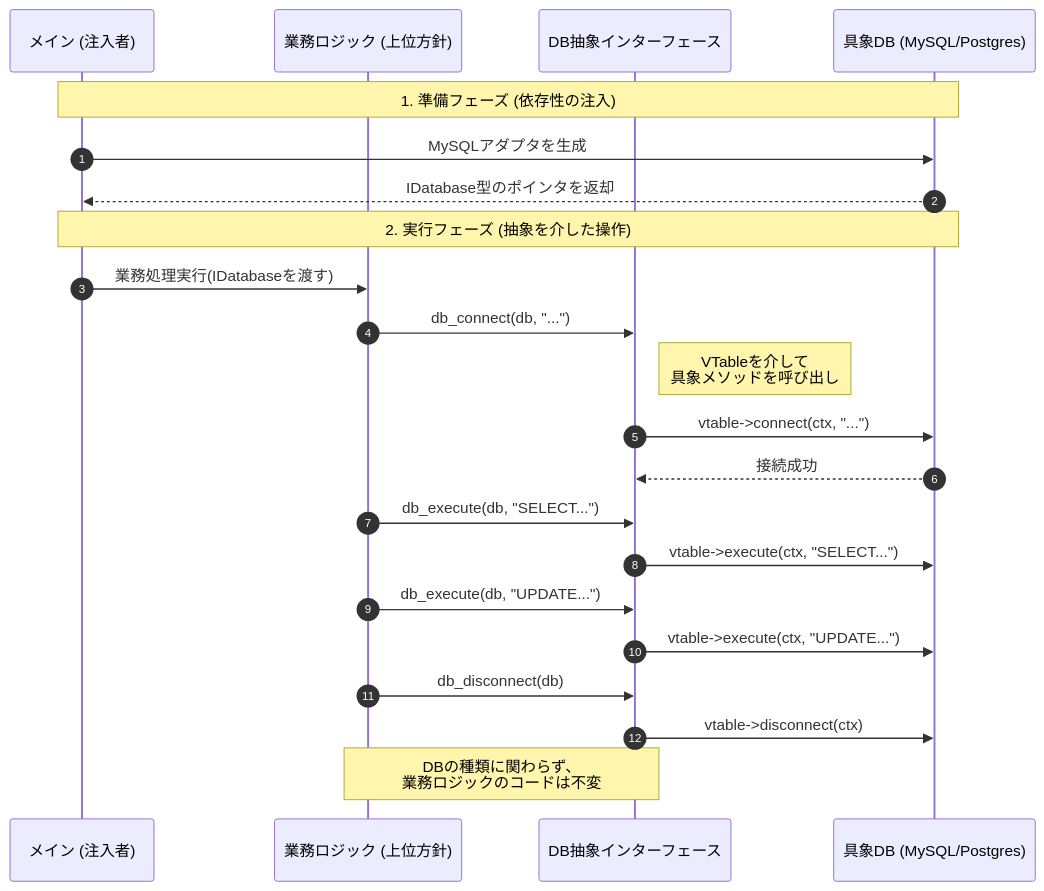
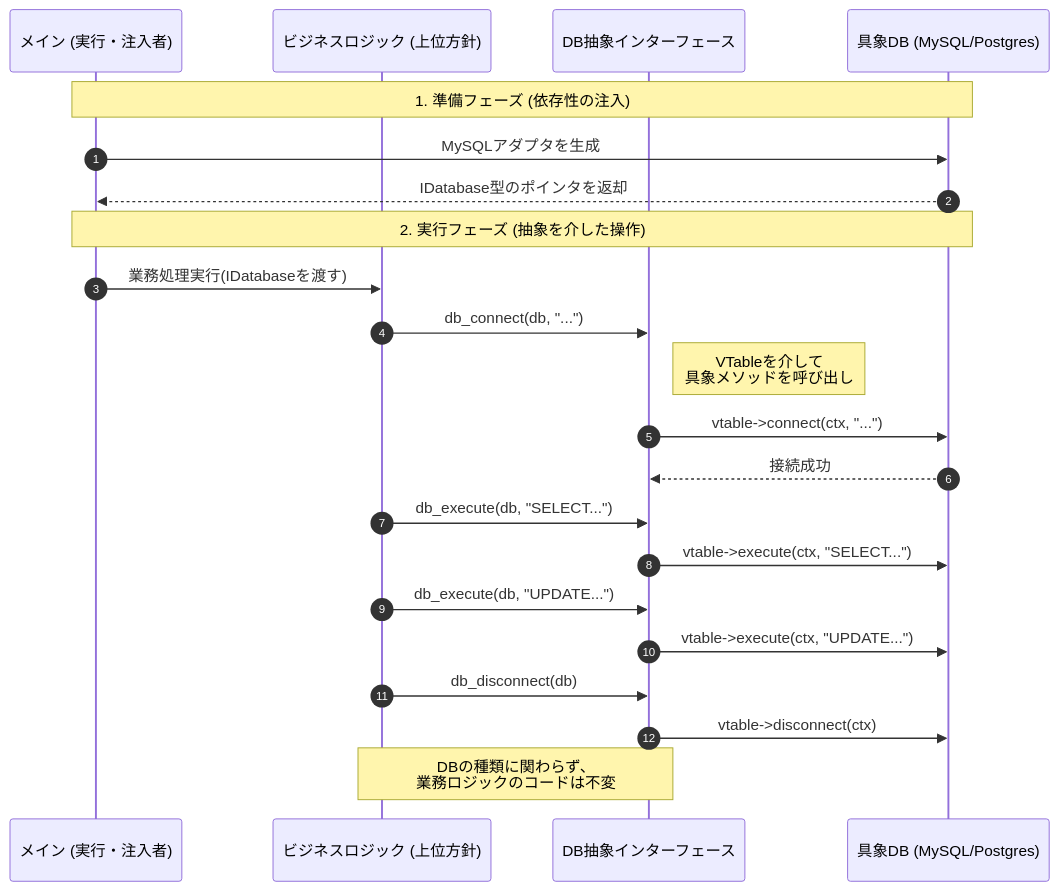
Before and after one commit to kumachan1101/BookProject: the seventh of 7 diagrams in 01_原稿/16_第2部 第12章 依存性逆転原則（DIP）：抽象への依存とテスト容易性_01.md, drawn with Mermaid. The commit also changed other lines of this file and 98 other files, not shown here.

````diff
--- a/01_原稿/16_第2部 第12章 依存性逆転原則（DIP）：抽象への依存とテスト容易性_01.md
+++ b/01_原稿/16_第2部 第12章 依存性逆転原則（DIP）：抽象への依存とテスト容易性_01.md
@@ -618,32 +619,32 @@
 ```mermaid
     sequenceDiagram
     autonumber
-    participant M as メイン (注入者)
-    participant Biz as 業務ロジック (上位方針)
+    participant M as メイン (実行・注入者)
+    participant Biz as ビジネスロジック (上位方針)
     participant IF as DB抽象インターフェース
     participant DB as 具象DB (MySQL/Postgres)
 
     Note over M, DB: 1. 準備フェーズ (依存性の注入)
     M->>DB: MySQLアダプタを生成
     DB-->>M: IDatabase型のポインタを返却
 
     Note over M, DB: 2. 実行フェーズ (抽象を介した操作)
     M->>Biz: 業務処理実行(IDatabaseを渡す)
 
     Biz->>IF: db_connect(db, "...")
     Note right of IF: VTableを介して<br/>具象メソッドを呼び出し
     IF->>DB: vtable->connect(ctx, "...")
     DB-->>IF: 接続成功
 
     Biz->>IF: db_execute(db, "SELECT...")
     IF->>DB: vtable->execute(ctx, "SELECT...")
 
     Biz->>IF: db_execute(db, "UPDATE...")
     IF->>DB: vtable->execute(ctx, "UPDATE...")
 
     Biz->>IF: db_disconnect(db)
     IF->>DB: vtable->disconnect(ctx)
 
     Note over Biz, IF: DBの種類に関わらず、<br/>業務ロジックのコードは不変
 
 ```
````
